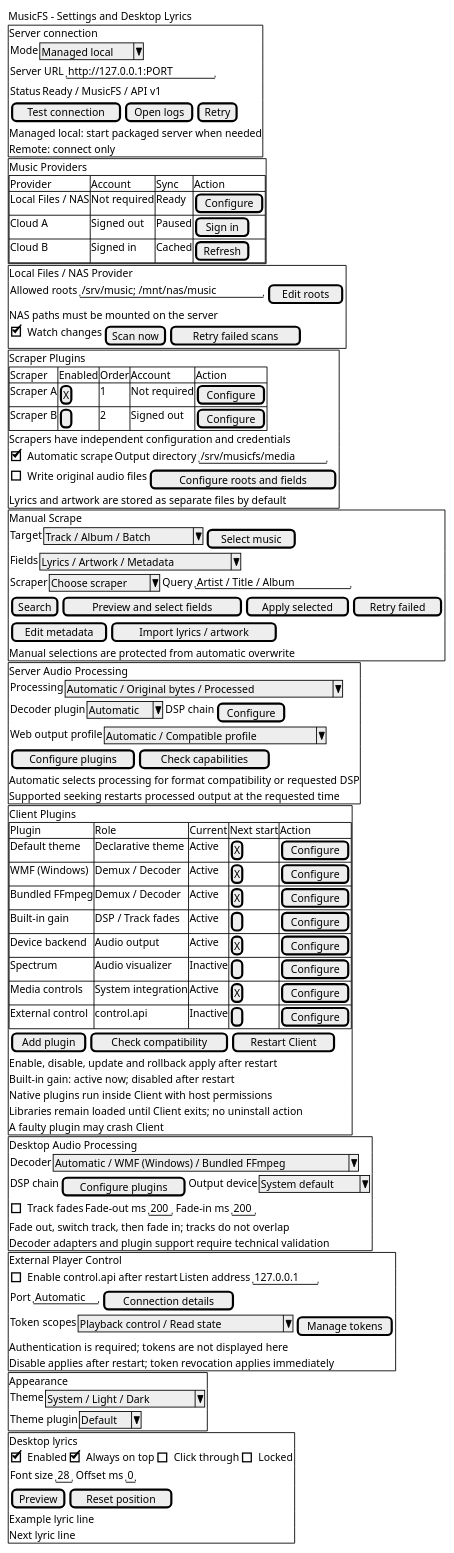
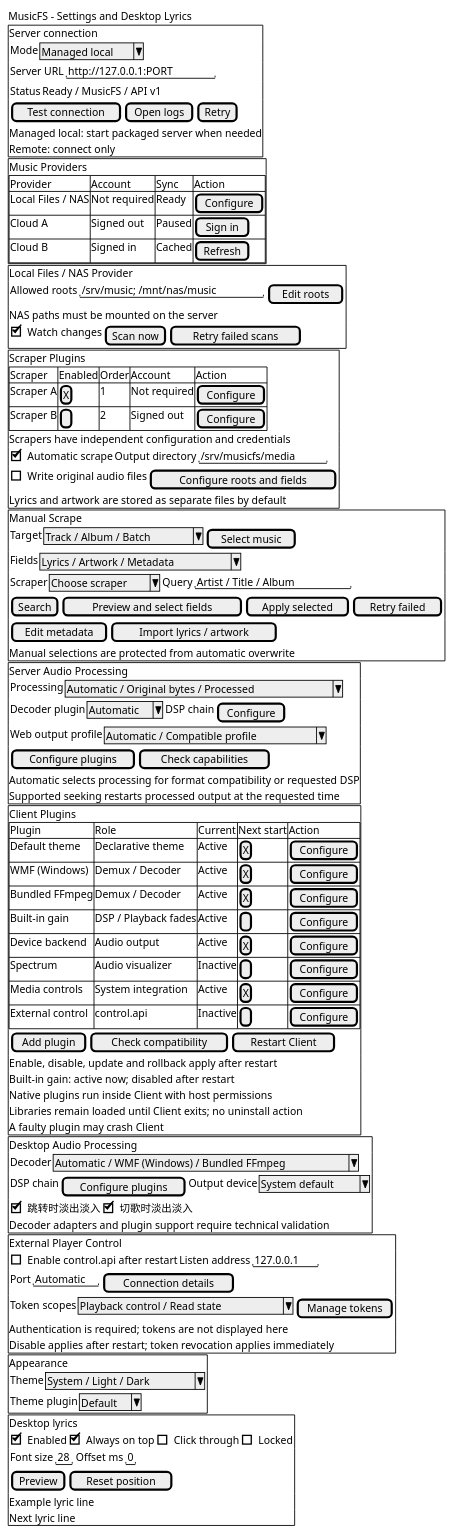
Before and after one commit to fnMrRice/MusicFS-client: the diagram in docs/prototypes/settings.salt.puml, drawn with PlantUML. The commit also changed 15 other files, not shown here.

Commit message:
feat(player): control seek and track fades independently

```diff
--- a/docs/prototypes/settings.salt.puml
+++ b/docs/prototypes/settings.salt.puml
@@ -1,108 +1,107 @@
 @startsalt
 {
   MusicFS - Settings and Desktop Lyrics
   {+
     Server connection
     { Mode | ^Managed local^ }
     { Server URL | "http://127.0.0.1:PORT" }
     { Status | Ready / MusicFS / API v1 }
     { [Test connection] | [Open logs] | [Retry] }
     Managed local: start packaged server when needed
     Remote: connect only
   }
   {+
     Music Providers
     {#
       Provider | Account | Sync | Action
       Local Files / NAS | Not required | Ready | [Configure]
       Cloud A | Signed out | Paused | [Sign in]
       Cloud B | Signed in | Cached | [Refresh]
     }
   }
   {+
     Local Files / NAS Provider
     { Allowed roots | "/srv/music; /mnt/nas/music" | [Edit roots] }
     NAS paths must be mounted on the server
     { [X] Watch changes | [Scan now] | [Retry failed scans] }
   }
   {+
     Scraper Plugins
     {#
       Scraper | Enabled | Order | Account | Action
       Scraper A | [X] | 1 | Not required | [Configure]
       Scraper B | [ ] | 2 | Signed out | [Configure]
     }
     Scrapers have independent configuration and credentials
     { [X] Automatic scrape | Output directory | "/srv/musicfs/media" }
     { [ ] Write original audio files | [Configure roots and fields] }
     Lyrics and artwork are stored as separate files by default
   }
   {+
     Manual Scrape
     { Target | ^Track / Album / Batch^ | [Select music] }
     { Fields | ^Lyrics / Artwork / Metadata^ }
     { Scraper | ^Choose scraper^ | Query | "Artist / Title / Album" }
     { [Search] | [Preview and select fields] | [Apply selected] | [Retry failed] }
     { [Edit metadata] | [Import lyrics / artwork] }
     Manual selections are protected from automatic overwrite
   }
   {+
     Server Audio Processing
     { Processing | ^Automatic / Original bytes / Processed^ }
     { Decoder plugin | ^Automatic^ | DSP chain | [Configure] }
     { Web output profile | ^Automatic / Compatible profile^ }
     { [Configure plugins] | [Check capabilities] }
     Automatic selects processing for format compatibility or requested DSP
     Supported seeking restarts processed output at the requested time
   }
   {+
     Client Plugins
     {#
       Plugin | Role | Current | Next start | Action
       Default theme | Declarative theme | Active | [X] | [Configure]
       WMF (Windows) | Demux / Decoder | Active | [X] | [Configure]
       Bundled FFmpeg | Demux / Decoder | Active | [X] | [Configure]
-      Built-in gain | DSP / Track fades | Active | [ ] | [Configure]
+      Built-in gain | DSP / Playback fades | Active | [ ] | [Configure]
       Device backend | Audio output | Active | [X] | [Configure]
       Spectrum | Audio visualizer | Inactive | [ ] | [Configure]
       Media controls | System integration | Active | [X] | [Configure]
       External control | control.api | Inactive | [ ] | [Configure]
     }
     { [Add plugin] | [Check compatibility] | [Restart Client] }
     Enable, disable, update and rollback apply after restart
     Built-in gain: active now; disabled after restart
     Native plugins run inside Client with host permissions
     Libraries remain loaded until Client exits; no uninstall action
     A faulty plugin may crash Client
   }
   {+
     Desktop Audio Processing
     { Decoder | ^Automatic / WMF (Windows) / Bundled FFmpeg^ }
     { DSP chain | [Configure plugins] | Output device | ^System default^ }
-    { [ ] Track fades | Fade-out ms | "200" | Fade-in ms | "200" }
-    Fade out, switch track, then fade in; tracks do not overlap
+    { [X] 跳转时淡出淡入 | [X] 切歌时淡出淡入 }
     Decoder adapters and plugin support require technical validation
   }
   {+
     External Player Control
     { [ ] Enable control.api after restart | Listen address | "127.0.0.1" }
     { Port | "Automatic" | [Connection details] }
     { Token scopes | ^Playback control / Read state^ | [Manage tokens] }
     Authentication is required; tokens are not displayed here
     Disable applies after restart; token revocation applies immediately
   }
   {+
     Appearance
     { Theme | ^System / Light / Dark^ }
     { Theme plugin | ^Default^ }
   }
   {+
     Desktop lyrics
     { [X] Enabled | [X] Always on top | [ ] Click through | [ ] Locked }
     { Font size | "28" | Offset ms | "0" }
     { [Preview] | [Reset position] }
     Example lyric line
     Next lyric line
   }
 }
 @endsalt
```
